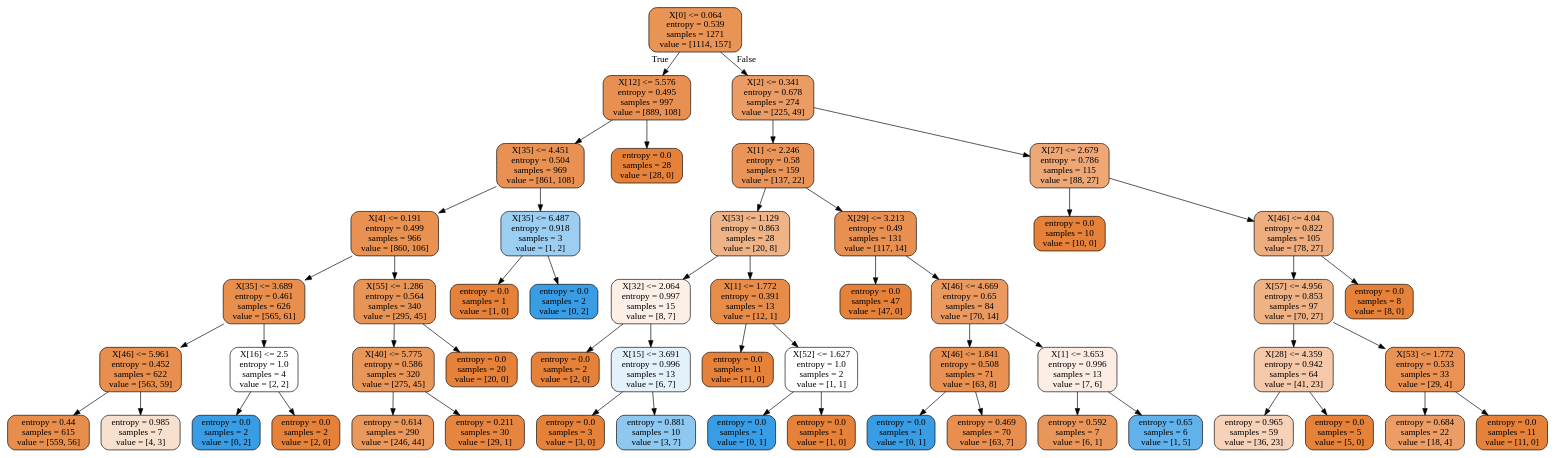
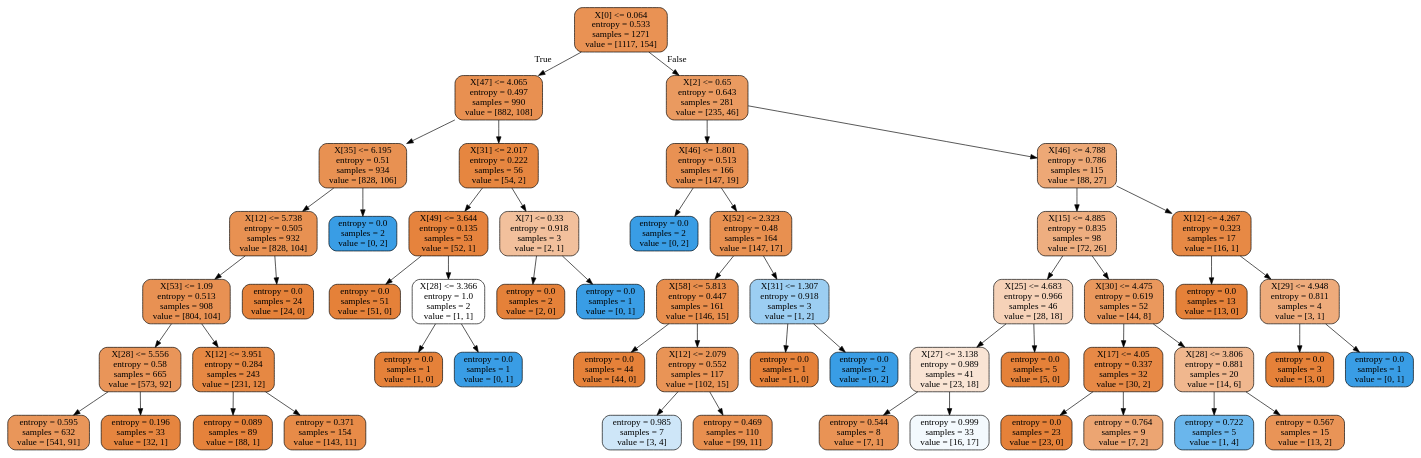
The diagram in tree.dot (ptg666/shujuwajue), drawn with Graphviz before and after one commit. The commit also changed 18 other files, not shown here.

```diff
--- a/tree.dot
+++ b/tree.dot
@@ -1,109 +1,109 @@
 digraph Tree {
 node [shape=box, style="filled, rounded", color="black", fontname="Microsoft YaHei"] ;
 edge [fontname="Microsoft YaHei"] ;
-0 [label="X[0] <= 0.064\nentropy = 0.539\nsamples = 1271\nvalue = [1114, 157]", fillcolor="#e99355"] ;
-1 [label="X[12] <= 5.576\nentropy = 0.495\nsamples = 997\nvalue = [889, 108]", fillcolor="#e89051"] ;
+0 [label="X[0] <= 0.064\nentropy = 0.533\nsamples = 1271\nvalue = [1117, 154]", fillcolor="#e99254"] ;
+1 [label="X[47] <= 4.065\nentropy = 0.497\nsamples = 990\nvalue = [882, 108]", fillcolor="#e89051"] ;
 0 -> 1 [labeldistance=2.5, labelangle=45, headlabel="True"] ;
-2 [label="X[35] <= 4.451\nentropy = 0.504\nsamples = 969\nvalue = [861, 108]", fillcolor="#e89152"] ;
+2 [label="X[35] <= 6.195\nentropy = 0.51\nsamples = 934\nvalue = [828, 106]", fillcolor="#e89152"] ;
 1 -> 2 ;
-3 [label="X[4] <= 0.191\nentropy = 0.499\nsamples = 966\nvalue = [860, 106]", fillcolor="#e89151"] ;
+3 [label="X[12] <= 5.738\nentropy = 0.505\nsamples = 932\nvalue = [828, 104]", fillcolor="#e89152"] ;
 2 -> 3 ;
-4 [label="X[35] <= 3.689\nentropy = 0.461\nsamples = 626\nvalue = [565, 61]", fillcolor="#e88f4e"] ;
+4 [label="X[53] <= 1.09\nentropy = 0.513\nsamples = 908\nvalue = [804, 104]", fillcolor="#e89153"] ;
 3 -> 4 ;
-5 [label="X[46] <= 5.961\nentropy = 0.452\nsamples = 622\nvalue = [563, 59]", fillcolor="#e88e4e"] ;
+5 [label="X[28] <= 5.556\nentropy = 0.58\nsamples = 665\nvalue = [573, 92]", fillcolor="#e99559"] ;
 4 -> 5 ;
-6 [label="entropy = 0.44\nsamples = 615\nvalue = [559, 56]", fillcolor="#e88e4d"] ;
+6 [label="entropy = 0.595\nsamples = 632\nvalue = [541, 91]", fillcolor="#e9965a"] ;
 5 -> 6 ;
-7 [label="entropy = 0.985\nsamples = 7\nvalue = [4, 3]", fillcolor="#f8e0ce"] ;
+7 [label="entropy = 0.196\nsamples = 33\nvalue = [32, 1]", fillcolor="#e6853f"] ;
 5 -> 7 ;
-8 [label="X[16] <= 2.5\nentropy = 1.0\nsamples = 4\nvalue = [2, 2]", fillcolor="#ffffff"] ;
+8 [label="X[12] <= 3.951\nentropy = 0.284\nsamples = 243\nvalue = [231, 12]", fillcolor="#e68843"] ;
 4 -> 8 ;
-9 [label="entropy = 0.0\nsamples = 2\nvalue = [0, 2]", fillcolor="#399de5"] ;
+9 [label="entropy = 0.089\nsamples = 89\nvalue = [88, 1]", fillcolor="#e5823b"] ;
 8 -> 9 ;
-10 [label="entropy = 0.0\nsamples = 2\nvalue = [2, 0]", fillcolor="#e58139"] ;
+10 [label="entropy = 0.371\nsamples = 154\nvalue = [143, 11]", fillcolor="#e78b48"] ;
 8 -> 10 ;
-11 [label="X[55] <= 1.286\nentropy = 0.564\nsamples = 340\nvalue = [295, 45]", fillcolor="#e99457"] ;
+11 [label="entropy = 0.0\nsamples = 24\nvalue = [24, 0]", fillcolor="#e58139"] ;
 3 -> 11 ;
-12 [label="X[40] <= 5.775\nentropy = 0.586\nsamples = 320\nvalue = [275, 45]", fillcolor="#e99659"] ;
-11 -> 12 ;
-13 [label="entropy = 0.614\nsamples = 290\nvalue = [246, 44]", fillcolor="#ea985c"] ;
-12 -> 13 ;
-14 [label="entropy = 0.211\nsamples = 30\nvalue = [29, 1]", fillcolor="#e68540"] ;
-12 -> 14 ;
-15 [label="entropy = 0.0\nsamples = 20\nvalue = [20, 0]", fillcolor="#e58139"] ;
-11 -> 15 ;
-16 [label="X[35] <= 6.487\nentropy = 0.918\nsamples = 3\nvalue = [1, 2]", fillcolor="#9ccef2"] ;
-2 -> 16 ;
+12 [label="entropy = 0.0\nsamples = 2\nvalue = [0, 2]", fillcolor="#399de5"] ;
+2 -> 12 ;
+13 [label="X[31] <= 2.017\nentropy = 0.222\nsamples = 56\nvalue = [54, 2]", fillcolor="#e68640"] ;
+1 -> 13 ;
+14 [label="X[49] <= 3.644\nentropy = 0.135\nsamples = 53\nvalue = [52, 1]", fillcolor="#e6833d"] ;
+13 -> 14 ;
+15 [label="entropy = 0.0\nsamples = 51\nvalue = [51, 0]", fillcolor="#e58139"] ;
+14 -> 15 ;
+16 [label="X[28] <= 3.366\nentropy = 1.0\nsamples = 2\nvalue = [1, 1]", fillcolor="#ffffff"] ;
+14 -> 16 ;
 17 [label="entropy = 0.0\nsamples = 1\nvalue = [1, 0]", fillcolor="#e58139"] ;
 16 -> 17 ;
-18 [label="entropy = 0.0\nsamples = 2\nvalue = [0, 2]", fillcolor="#399de5"] ;
+18 [label="entropy = 0.0\nsamples = 1\nvalue = [0, 1]", fillcolor="#399de5"] ;
 16 -> 18 ;
-19 [label="entropy = 0.0\nsamples = 28\nvalue = [28, 0]", fillcolor="#e58139"] ;
-1 -> 19 ;
-20 [label="X[2] <= 0.341\nentropy = 0.678\nsamples = 274\nvalue = [225, 49]", fillcolor="#eb9c64"] ;
-0 -> 20 [labeldistance=2.5, labelangle=-45, headlabel="False"] ;
-21 [label="X[1] <= 2.246\nentropy = 0.58\nsamples = 159\nvalue = [137, 22]", fillcolor="#e99559"] ;
-20 -> 21 ;
-22 [label="X[53] <= 1.129\nentropy = 0.863\nsamples = 28\nvalue = [20, 8]", fillcolor="#efb388"] ;
-21 -> 22 ;
-23 [label="X[32] <= 2.064\nentropy = 0.997\nsamples = 15\nvalue = [8, 7]", fillcolor="#fcefe6"] ;
+19 [label="X[7] <= 0.33\nentropy = 0.918\nsamples = 3\nvalue = [2, 1]", fillcolor="#f2c09c"] ;
+13 -> 19 ;
+20 [label="entropy = 0.0\nsamples = 2\nvalue = [2, 0]", fillcolor="#e58139"] ;
+19 -> 20 ;
+21 [label="entropy = 0.0\nsamples = 1\nvalue = [0, 1]", fillcolor="#399de5"] ;
+19 -> 21 ;
+22 [label="X[2] <= 0.65\nentropy = 0.643\nsamples = 281\nvalue = [235, 46]", fillcolor="#ea9a60"] ;
+0 -> 22 [labeldistance=2.5, labelangle=-45, headlabel="False"] ;
+23 [label="X[46] <= 1.801\nentropy = 0.513\nsamples = 166\nvalue = [147, 19]", fillcolor="#e89153"] ;
 22 -> 23 ;
-24 [label="entropy = 0.0\nsamples = 2\nvalue = [2, 0]", fillcolor="#e58139"] ;
+24 [label="entropy = 0.0\nsamples = 2\nvalue = [0, 2]", fillcolor="#399de5"] ;
 23 -> 24 ;
-25 [label="X[15] <= 3.691\nentropy = 0.996\nsamples = 13\nvalue = [6, 7]", fillcolor="#e3f1fb"] ;
+25 [label="X[52] <= 2.323\nentropy = 0.48\nsamples = 164\nvalue = [147, 17]", fillcolor="#e89050"] ;
 23 -> 25 ;
-26 [label="entropy = 0.0\nsamples = 3\nvalue = [3, 0]", fillcolor="#e58139"] ;
+26 [label="X[58] <= 5.813\nentropy = 0.447\nsamples = 161\nvalue = [146, 15]", fillcolor="#e88e4d"] ;
 25 -> 26 ;
-27 [label="entropy = 0.881\nsamples = 10\nvalue = [3, 7]", fillcolor="#8ec7f0"] ;
-25 -> 27 ;
-28 [label="X[1] <= 1.772\nentropy = 0.391\nsamples = 13\nvalue = [12, 1]", fillcolor="#e78c49"] ;
-22 -> 28 ;
-29 [label="entropy = 0.0\nsamples = 11\nvalue = [11, 0]", fillcolor="#e58139"] ;
+27 [label="entropy = 0.0\nsamples = 44\nvalue = [44, 0]", fillcolor="#e58139"] ;
+26 -> 27 ;
+28 [label="X[12] <= 2.079\nentropy = 0.552\nsamples = 117\nvalue = [102, 15]", fillcolor="#e99456"] ;
+26 -> 28 ;
+29 [label="entropy = 0.985\nsamples = 7\nvalue = [3, 4]", fillcolor="#cee6f8"] ;
 28 -> 29 ;
-30 [label="X[52] <= 1.627\nentropy = 1.0\nsamples = 2\nvalue = [1, 1]", fillcolor="#ffffff"] ;
+30 [label="entropy = 0.469\nsamples = 110\nvalue = [99, 11]", fillcolor="#e88f4f"] ;
 28 -> 30 ;
-31 [label="entropy = 0.0\nsamples = 1\nvalue = [0, 1]", fillcolor="#399de5"] ;
-30 -> 31 ;
+31 [label="X[31] <= 1.307\nentropy = 0.918\nsamples = 3\nvalue = [1, 2]", fillcolor="#9ccef2"] ;
+25 -> 31 ;
 32 [label="entropy = 0.0\nsamples = 1\nvalue = [1, 0]", fillcolor="#e58139"] ;
-30 -> 32 ;
-33 [label="X[29] <= 3.213\nentropy = 0.49\nsamples = 131\nvalue = [117, 14]", fillcolor="#e89051"] ;
-21 -> 33 ;
-34 [label="entropy = 0.0\nsamples = 47\nvalue = [47, 0]", fillcolor="#e58139"] ;
-33 -> 34 ;
-35 [label="X[46] <= 4.669\nentropy = 0.65\nsamples = 84\nvalue = [70, 14]", fillcolor="#ea9a61"] ;
-33 -> 35 ;
-36 [label="X[46] <= 1.841\nentropy = 0.508\nsamples = 71\nvalue = [63, 8]", fillcolor="#e89152"] ;
+31 -> 32 ;
+33 [label="entropy = 0.0\nsamples = 2\nvalue = [0, 2]", fillcolor="#399de5"] ;
+31 -> 33 ;
+34 [label="X[46] <= 4.788\nentropy = 0.786\nsamples = 115\nvalue = [88, 27]", fillcolor="#eda876"] ;
+22 -> 34 ;
+35 [label="X[15] <= 4.885\nentropy = 0.835\nsamples = 98\nvalue = [72, 26]", fillcolor="#eeae80"] ;
+34 -> 35 ;
+36 [label="X[25] <= 4.683\nentropy = 0.966\nsamples = 46\nvalue = [28, 18]", fillcolor="#f6d2b8"] ;
 35 -> 36 ;
-37 [label="entropy = 0.0\nsamples = 1\nvalue = [0, 1]", fillcolor="#399de5"] ;
+37 [label="X[27] <= 3.138\nentropy = 0.989\nsamples = 41\nvalue = [23, 18]", fillcolor="#f9e4d4"] ;
 36 -> 37 ;
-38 [label="entropy = 0.469\nsamples = 70\nvalue = [63, 7]", fillcolor="#e88f4f"] ;
-36 -> 38 ;
-39 [label="X[1] <= 3.653\nentropy = 0.996\nsamples = 13\nvalue = [7, 6]", fillcolor="#fbede3"] ;
-35 -> 39 ;
-40 [label="entropy = 0.592\nsamples = 7\nvalue = [6, 1]", fillcolor="#e9965a"] ;
-39 -> 40 ;
-41 [label="entropy = 0.65\nsamples = 6\nvalue = [1, 5]", fillcolor="#61b1ea"] ;
-39 -> 41 ;
-42 [label="X[27] <= 2.679\nentropy = 0.786\nsamples = 115\nvalue = [88, 27]", fillcolor="#eda876"] ;
-20 -> 42 ;
-43 [label="entropy = 0.0\nsamples = 10\nvalue = [10, 0]", fillcolor="#e58139"] ;
+38 [label="entropy = 0.544\nsamples = 8\nvalue = [7, 1]", fillcolor="#e99355"] ;
+37 -> 38 ;
+39 [label="entropy = 0.999\nsamples = 33\nvalue = [16, 17]", fillcolor="#f3f9fd"] ;
+37 -> 39 ;
+40 [label="entropy = 0.0\nsamples = 5\nvalue = [5, 0]", fillcolor="#e58139"] ;
+36 -> 40 ;
+41 [label="X[30] <= 4.475\nentropy = 0.619\nsamples = 52\nvalue = [44, 8]", fillcolor="#ea985d"] ;
+35 -> 41 ;
+42 [label="X[17] <= 4.05\nentropy = 0.337\nsamples = 32\nvalue = [30, 2]", fillcolor="#e78946"] ;
+41 -> 42 ;
+43 [label="entropy = 0.0\nsamples = 23\nvalue = [23, 0]", fillcolor="#e58139"] ;
 42 -> 43 ;
-44 [label="X[46] <= 4.04\nentropy = 0.822\nsamples = 105\nvalue = [78, 27]", fillcolor="#eead7e"] ;
+44 [label="entropy = 0.764\nsamples = 9\nvalue = [7, 2]", fillcolor="#eca572"] ;
 42 -> 44 ;
-45 [label="X[57] <= 4.956\nentropy = 0.853\nsamples = 97\nvalue = [70, 27]", fillcolor="#efb285"] ;
-44 -> 45 ;
-46 [label="X[28] <= 4.359\nentropy = 0.942\nsamples = 64\nvalue = [41, 23]", fillcolor="#f4c8a8"] ;
+45 [label="X[28] <= 3.806\nentropy = 0.881\nsamples = 20\nvalue = [14, 6]", fillcolor="#f0b78e"] ;
+41 -> 45 ;
+46 [label="entropy = 0.722\nsamples = 5\nvalue = [1, 4]", fillcolor="#6ab6ec"] ;
 45 -> 46 ;
-47 [label="entropy = 0.965\nsamples = 59\nvalue = [36, 23]", fillcolor="#f6d2b8"] ;
-46 -> 47 ;
-48 [label="entropy = 0.0\nsamples = 5\nvalue = [5, 0]", fillcolor="#e58139"] ;
-46 -> 48 ;
-49 [label="X[53] <= 1.772\nentropy = 0.533\nsamples = 33\nvalue = [29, 4]", fillcolor="#e99254"] ;
-45 -> 49 ;
-50 [label="entropy = 0.684\nsamples = 22\nvalue = [18, 4]", fillcolor="#eb9d65"] ;
-49 -> 50 ;
-51 [label="entropy = 0.0\nsamples = 11\nvalue = [11, 0]", fillcolor="#e58139"] ;
-49 -> 51 ;
-52 [label="entropy = 0.0\nsamples = 8\nvalue = [8, 0]", fillcolor="#e58139"] ;
-44 -> 52 ;
+47 [label="entropy = 0.567\nsamples = 15\nvalue = [13, 2]", fillcolor="#e99457"] ;
+45 -> 47 ;
+48 [label="X[12] <= 4.267\nentropy = 0.323\nsamples = 17\nvalue = [16, 1]", fillcolor="#e78945"] ;
+34 -> 48 ;
+49 [label="entropy = 0.0\nsamples = 13\nvalue = [13, 0]", fillcolor="#e58139"] ;
+48 -> 49 ;
+50 [label="X[29] <= 4.948\nentropy = 0.811\nsamples = 4\nvalue = [3, 1]", fillcolor="#eeab7b"] ;
+48 -> 50 ;
+51 [label="entropy = 0.0\nsamples = 3\nvalue = [3, 0]", fillcolor="#e58139"] ;
+50 -> 51 ;
+52 [label="entropy = 0.0\nsamples = 1\nvalue = [0, 1]", fillcolor="#399de5"] ;
+50 -> 52 ;
 }
```
